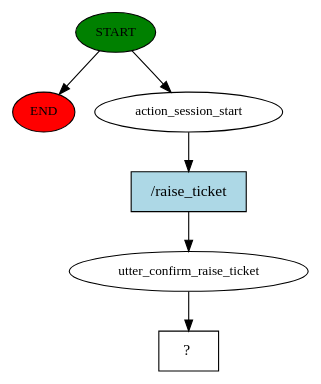
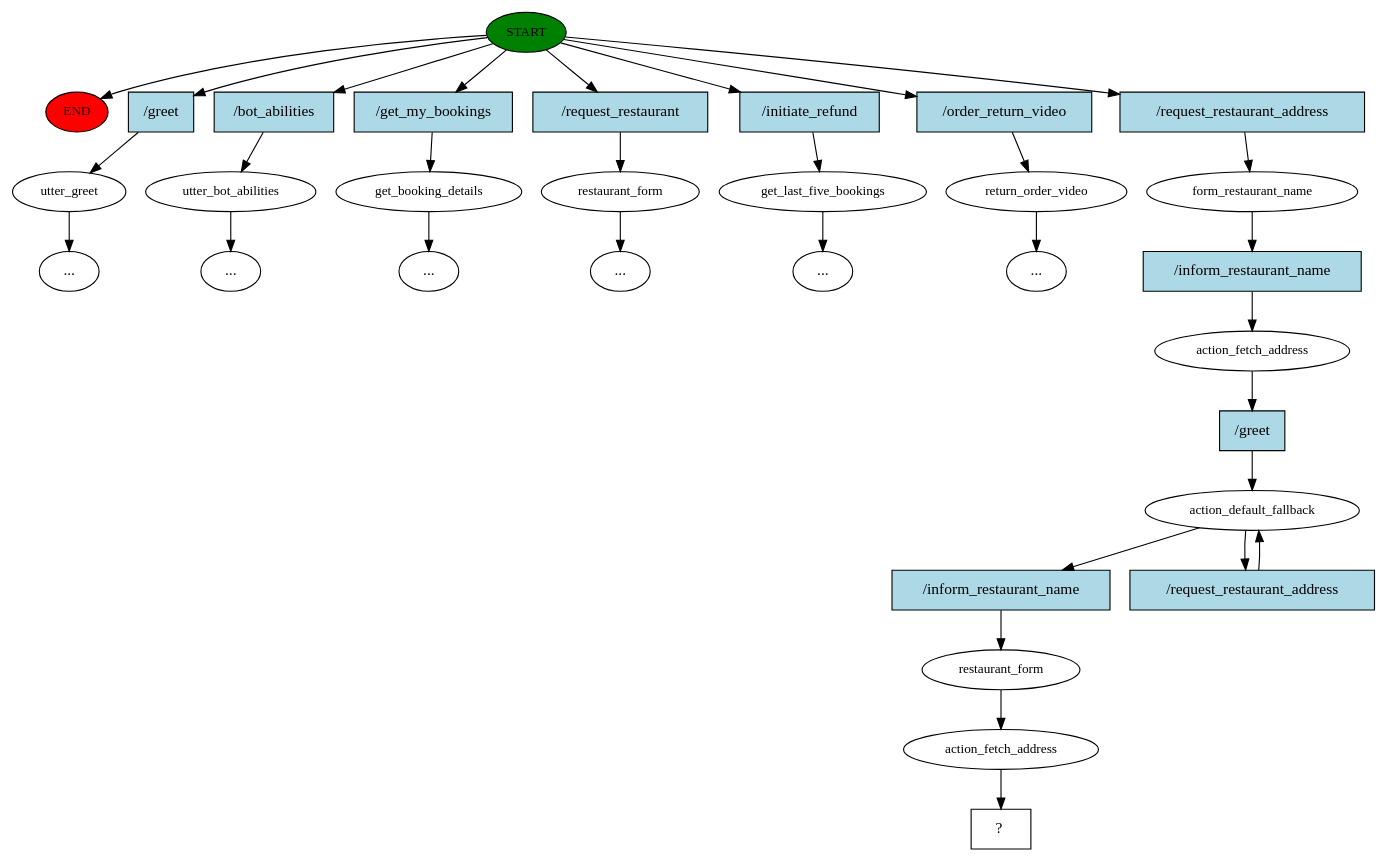
Before and after one commit to harmeet1626/rasa_Django_chatbot: the diagram in app_rasa/story_graph.dot, drawn with Graphviz. The commit also changed 11 other files, not shown here.

Commit message:
address of restaurant

```diff
--- a/app_rasa/story_graph.dot
+++ b/app_rasa/story_graph.dot
@@ -1,13 +1,64 @@
 digraph  {
 0 [class="start active", fillcolor=green, fontsize=12, label=START, style=filled];
 "-1" [class=end, fillcolor=red, fontsize=12, label=END, style=filled];
-1 [class=active, fontsize=12, label=action_session_start];
-2 [class=active, fontsize=12, label=utter_confirm_raise_ticket];
-3 [class="intent dashed active", label="  ?  ", shape=rect];
-4 [class="intent active", fillcolor=lightblue, label="/raise_ticket", shape=rect, style=filled];
+1 [class="", fontsize=12, label=utter_greet];
+"-3" [class=ellipsis, label="..."];
+2 [class="", fontsize=12, label=utter_bot_abilities];
+"-4" [class=ellipsis, label="..."];
+3 [class="", fontsize=12, label=get_booking_details];
+"-5" [class=ellipsis, label="..."];
+4 [class="", fontsize=12, label=restaurant_form];
+"-9" [class=ellipsis, label="..."];
+8 [class="", fontsize=12, label=get_last_five_bookings];
+"-10" [class=ellipsis, label="..."];
+9 [class="", fontsize=12, label=return_order_video];
+"-11" [class=ellipsis, label="..."];
+10 [class=active, fontsize=12, label=form_restaurant_name];
+11 [class=active, fontsize=12, label=action_fetch_address];
+12 [class=active, fontsize=12, label=action_default_fallback];
+14 [class=active, fontsize=12, label=restaurant_form];
+15 [class=active, fontsize=12, label=action_fetch_address];
+16 [class="intent dashed active", label="  ?  ", shape=rect];
+17 [class=intent, fillcolor=lightblue, label="/greet", shape=rect, style=filled];
+18 [class=intent, fillcolor=lightblue, label="/bot_abilities", shape=rect, style=filled];
+19 [class=intent, fillcolor=lightblue, label="/get_my_bookings", shape=rect, style=filled];
+20 [class=intent, fillcolor=lightblue, label="/request_restaurant", shape=rect, style=filled];
+21 [class=intent, fillcolor=lightblue, label="/initiate_refund", shape=rect, style=filled];
+22 [class=intent, fillcolor=lightblue, label="/order_return_video", shape=rect, style=filled];
+23 [class="intent active", fillcolor=lightblue, label="/request_restaurant_address", shape=rect, style=filled];
+24 [class="intent active", fillcolor=lightblue, label="/inform_restaurant_name", shape=rect, style=filled];
+25 [class="intent active", fillcolor=lightblue, label="/greet", shape=rect, style=filled];
+26 [class="intent active", fillcolor=lightblue, label="/inform_restaurant_name", shape=rect, style=filled];
+27 [class="intent active", fillcolor=lightblue, label="/request_restaurant_address", shape=rect, style=filled];
 0 -> "-1"  [class="", key=NONE, label=""];
-0 -> 1  [class=active, key=NONE, label=""];
-1 -> 4  [class=active, key=0];
-2 -> 3  [class=active, key=NONE, label=""];
-4 -> 2  [class=active, key=0];
+0 -> 17  [class="", key=0];
+0 -> 18  [class="", key=0];
+0 -> 19  [class="", key=0];
+0 -> 20  [class="", key=0];
+0 -> 21  [class="", key=0];
+0 -> 22  [class="", key=0];
+0 -> 23  [class=active, key=0];
+1 -> "-3"  [class="", key=NONE, label=""];
+2 -> "-4"  [class="", key=NONE, label=""];
+3 -> "-5"  [class="", key=NONE, label=""];
+4 -> "-9"  [class="", key=NONE, label=""];
+8 -> "-10"  [class="", key=NONE, label=""];
+9 -> "-11"  [class="", key=NONE, label=""];
+10 -> 24  [class=active, key=0];
+11 -> 25  [class=active, key=0];
+12 -> 26  [class=active, key=0];
+12 -> 27  [class=active, key=0];
+14 -> 15  [class=active, key=NONE, label=""];
+15 -> 16  [class=active, key=NONE, label=""];
+17 -> 1  [class="", key=0];
+18 -> 2  [class="", key=0];
+19 -> 3  [class="", key=0];
+20 -> 4  [class="", key=0];
+21 -> 8  [class="", key=0];
+22 -> 9  [class="", key=0];
+23 -> 10  [class=active, key=0];
+24 -> 11  [class=active, key=0];
+25 -> 12  [class=active, key=0];
+26 -> 14  [class=active, key=0];
+27 -> 12  [class=active, key=0];
 }
```
